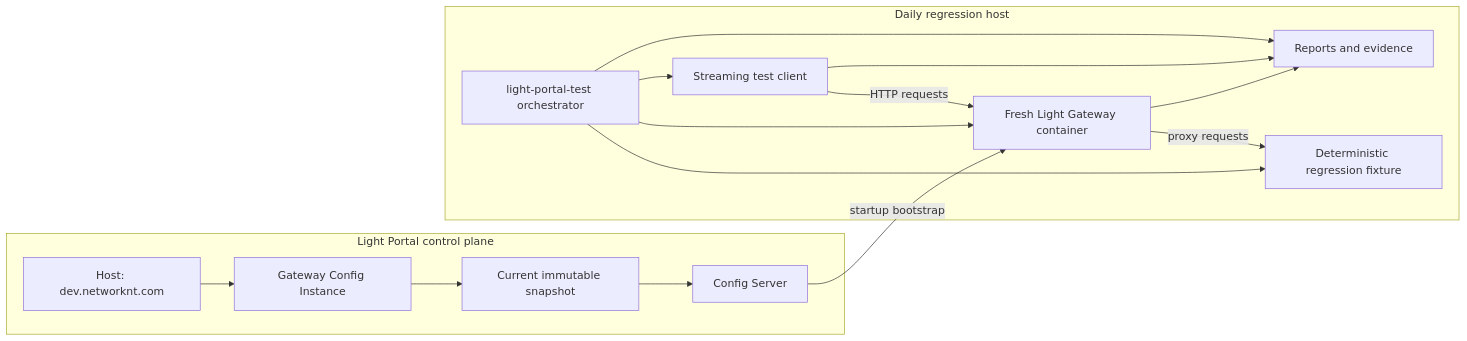
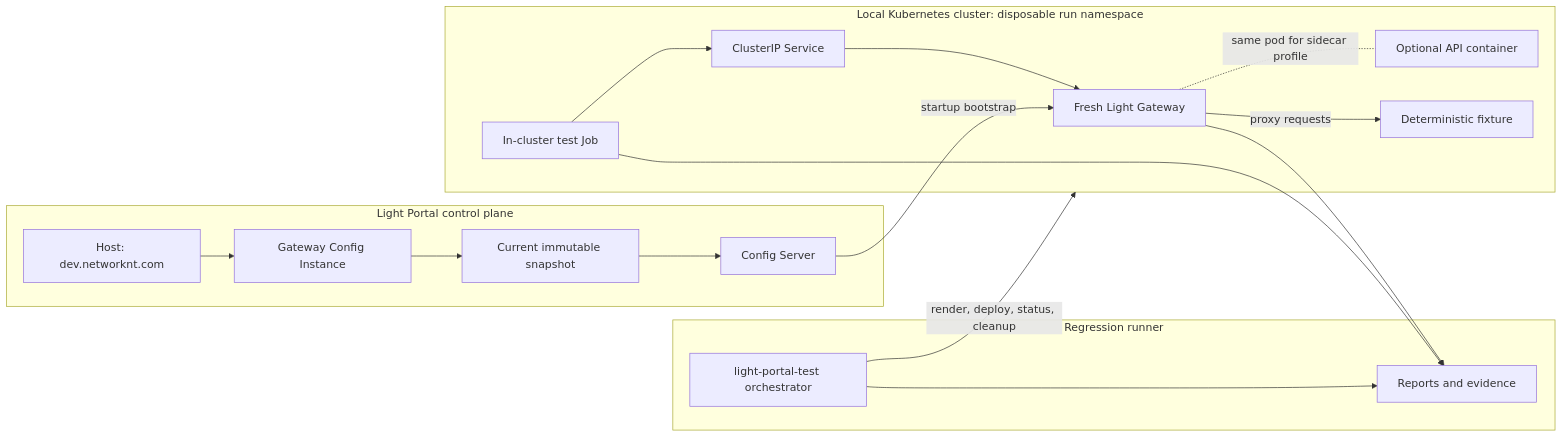
Before and after one commit to lightapi/light-portal-doc: the first of 3 diagrams in src/design/light-portal/portal-managed-gateway-regression.md, drawn with Mermaid. The commit also changed other lines of this file and 3 other files, not shown here.

Commit message:
upgrade mermaid

````diff
--- a/src/design/light-portal/portal-managed-gateway-regression.md
+++ b/src/design/light-portal/portal-managed-gateway-regression.md
@@ -98,27 +109,32 @@
 ```mermaid
 flowchart LR
     subgraph CP[Light Portal control plane]
         H[Host: dev.networknt.com]
         I[Gateway Config Instance]
         S[Current immutable snapshot]
         CS[Config Server]
         H --> I --> S --> CS
     end
 
-    subgraph RH[Daily regression host]
+    subgraph RH[Regression runner]
         O[light-portal-test orchestrator]
-        F[Deterministic regression fixture]
-        G[Fresh Light Gateway container]
-        T[Streaming test client]
         R[Reports and evidence]
-        O --> F
-        O --> G
-        O --> T
-        CS -->|startup bootstrap| G
-        T -->|HTTP requests| G
+        O --> R
+    end
+
+    subgraph K8S[Local Kubernetes cluster: disposable run namespace]
+        G[Fresh Light Gateway]
+        A[Optional API container]
+        F[Deterministic fixture]
+        J[In-cluster test Job]
+        SVC[ClusterIP Service]
+        G -. same pod for sidecar profile .- A
         G -->|proxy requests| F
-        O --> R
-        G --> R
-        T --> R
+        J --> SVC --> G
     end
+
+    O -->|render, deploy, status, cleanup| K8S
+    CS -->|startup bootstrap| G
+    G --> R
+    J --> R
 ```
````
